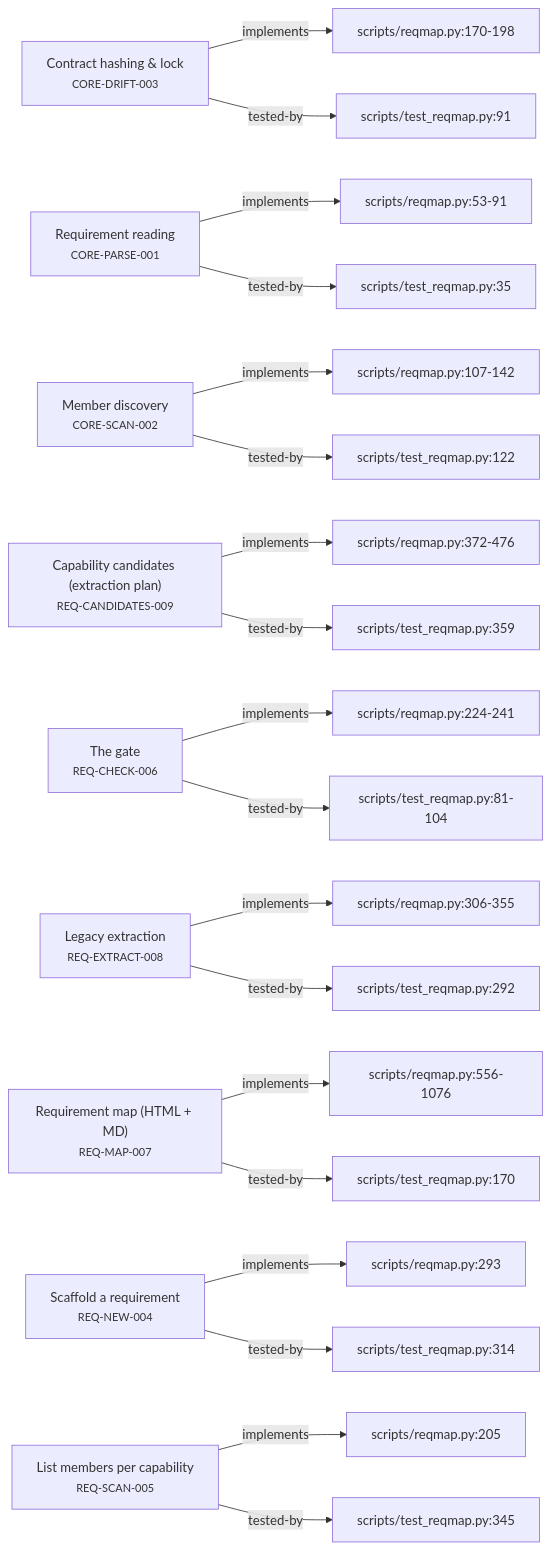
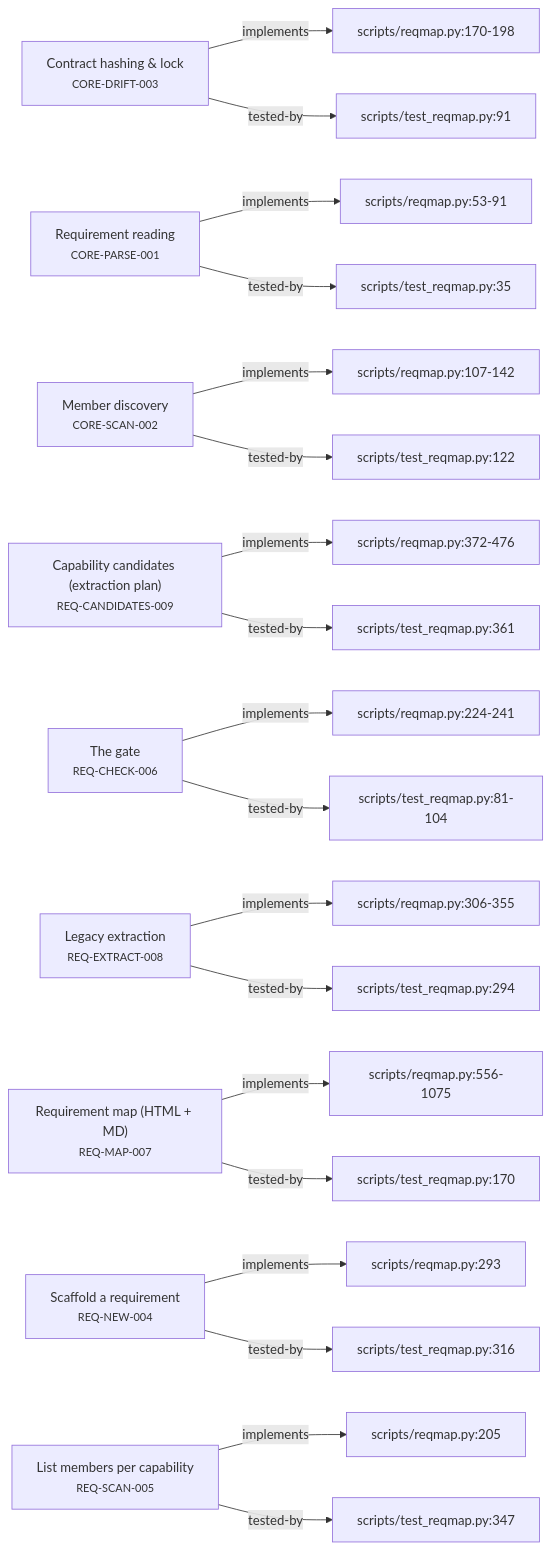
One commit to alxmax/Requirement-manager changed the second of 5 diagrams in plugin/requirements/_map.md. Above: the diagram before and after it, drawn with Mermaid. The commit also changed other lines of this file and 5 other files, not shown here.

````diff
--- a/plugin/requirements/_map.md
+++ b/plugin/requirements/_map.md
@@ -37,48 +37,48 @@
 ```mermaid
 graph LR
   CORE_DRIFT_003["Contract hashing & lock<br><small>CORE-DRIFT-003</small>"]
   f_scripts_reqmap_py_170_198["scripts/reqmap.py:170-198"]
   CORE_DRIFT_003 -->|implements| f_scripts_reqmap_py_170_198
   f_scripts_test_reqmap_py_91["scripts/test_reqmap.py:91"]
   CORE_DRIFT_003 -->|tested-by| f_scripts_test_reqmap_py_91
   CORE_PARSE_001["Requirement reading<br><small>CORE-PARSE-001</small>"]
   f_scripts_reqmap_py_53_91["scripts/reqmap.py:53-91"]
   CORE_PARSE_001 -->|implements| f_scripts_reqmap_py_53_91
   f_scripts_test_reqmap_py_35["scripts/test_reqmap.py:35"]
   CORE_PARSE_001 -->|tested-by| f_scripts_test_reqmap_py_35
   CORE_SCAN_002["Member discovery<br><small>CORE-SCAN-002</small>"]
   f_scripts_reqmap_py_107_142["scripts/reqmap.py:107-142"]
   CORE_SCAN_002 -->|implements| f_scripts_reqmap_py_107_142
   f_scripts_test_reqmap_py_122["scripts/test_reqmap.py:122"]
   CORE_SCAN_002 -->|tested-by| f_scripts_test_reqmap_py_122
   REQ_CANDIDATES_009["Capability candidates (extraction plan)<br><small>REQ-CANDIDATES-009</small>"]
   f_scripts_reqmap_py_372_476["scripts/reqmap.py:372-476"]
   REQ_CANDIDATES_009 -->|implements| f_scripts_reqmap_py_372_476
-  f_scripts_test_reqmap_py_359["scripts/test_reqmap.py:359"]
-  REQ_CANDIDATES_009 -->|tested-by| f_scripts_test_reqmap_py_359
+  f_scripts_test_reqmap_py_361["scripts/test_reqmap.py:361"]
+  REQ_CANDIDATES_009 -->|tested-by| f_scripts_test_reqmap_py_361
   REQ_CHECK_006["The gate<br><small>REQ-CHECK-006</small>"]
   f_scripts_reqmap_py_224_241["scripts/reqmap.py:224-241"]
   REQ_CHECK_006 -->|implements| f_scripts_reqmap_py_224_241
   f_scripts_test_reqmap_py_81_104["scripts/test_reqmap.py:81-104"]
   REQ_CHECK_006 -->|tested-by| f_scripts_test_reqmap_py_81_104
   REQ_EXTRACT_008["Legacy extraction<br><small>REQ-EXTRACT-008</small>"]
   f_scripts_reqmap_py_306_355["scripts/reqmap.py:306-355"]
   REQ_EXTRACT_008 -->|implements| f_scripts_reqmap_py_306_355
-  f_scripts_test_reqmap_py_292["scripts/test_reqmap.py:292"]
-  REQ_EXTRACT_008 -->|tested-by| f_scripts_test_reqmap_py_292
+  f_scripts_test_reqmap_py_294["scripts/test_reqmap.py:294"]
+  REQ_EXTRACT_008 -->|tested-by| f_scripts_test_reqmap_py_294
   REQ_MAP_007["Requirement map (HTML + MD)<br><small>REQ-MAP-007</small>"]
-  f_scripts_reqmap_py_556_1076["scripts/reqmap.py:556-1076"]
-  REQ_MAP_007 -->|implements| f_scripts_reqmap_py_556_1076
+  f_scripts_reqmap_py_556_1075["scripts/reqmap.py:556-1075"]
+  REQ_MAP_007 -->|implements| f_scripts_reqmap_py_556_1075
   f_scripts_test_reqmap_py_170["scripts/test_reqmap.py:170"]
   REQ_MAP_007 -->|tested-by| f_scripts_test_reqmap_py_170
   REQ_NEW_004["Scaffold a requirement<br><small>REQ-NEW-004</small>"]
   f_scripts_reqmap_py_293["scripts/reqmap.py:293"]
   REQ_NEW_004 -->|implements| f_scripts_reqmap_py_293
-  f_scripts_test_reqmap_py_314["scripts/test_reqmap.py:314"]
-  REQ_NEW_004 -->|tested-by| f_scripts_test_reqmap_py_314
+  f_scripts_test_reqmap_py_316["scripts/test_reqmap.py:316"]
+  REQ_NEW_004 -->|tested-by| f_scripts_test_reqmap_py_316
   REQ_SCAN_005["List members per capability<br><small>REQ-SCAN-005</small>"]
   f_scripts_reqmap_py_205["scripts/reqmap.py:205"]
   REQ_SCAN_005 -->|implements| f_scripts_reqmap_py_205
-  f_scripts_test_reqmap_py_345["scripts/test_reqmap.py:345"]
-  REQ_SCAN_005 -->|tested-by| f_scripts_test_reqmap_py_345
+  f_scripts_test_reqmap_py_347["scripts/test_reqmap.py:347"]
+  REQ_SCAN_005 -->|tested-by| f_scripts_test_reqmap_py_347
 ```
````
